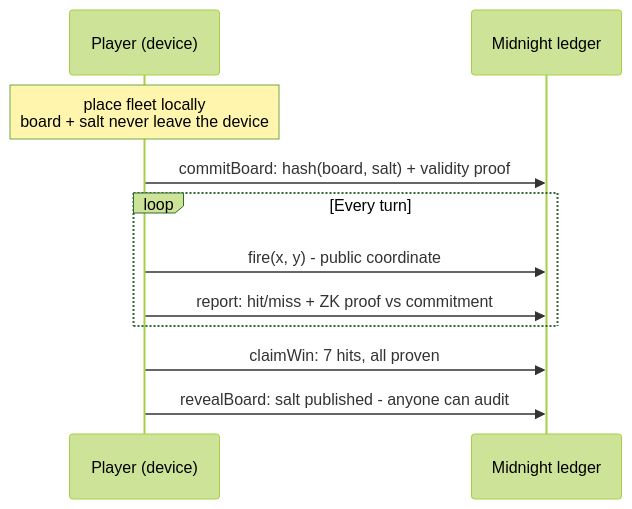
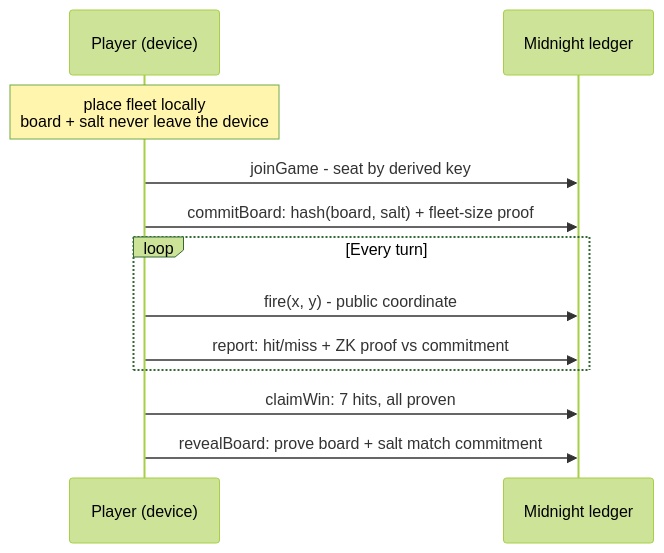
The first of 2 diagrams in README.md (Professional50coder/nightfleet), drawn with Mermaid (forest theme) before and after one commit. The commit also changed other lines of this file, not shown here.

Commit message:
docs: rewrite README around the problem, architecture, design decisions and honest limits

````diff
--- a/README.md
+++ b/README.md
@@ -115,13 +159,14 @@
 ```mermaid
 sequenceDiagram
     participant P as Player (device)
     participant L as Midnight ledger
     Note over P: place fleet locally<br/>board + salt never leave the device
-    P->>L: commitBoard: hash(board, salt) + validity proof
+    P->>L: joinGame - seat by derived key
+    P->>L: commitBoard: hash(board, salt) + fleet-size proof
     loop Every turn
         P->>L: fire(x, y) - public coordinate
         P->>L: report: hit/miss + ZK proof vs commitment
     end
     P->>L: claimWin: 7 hits, all proven
-    P->>L: revealBoard: salt published - anyone can audit
+    P->>L: revealBoard: prove board + salt match commitment
 ```
````
